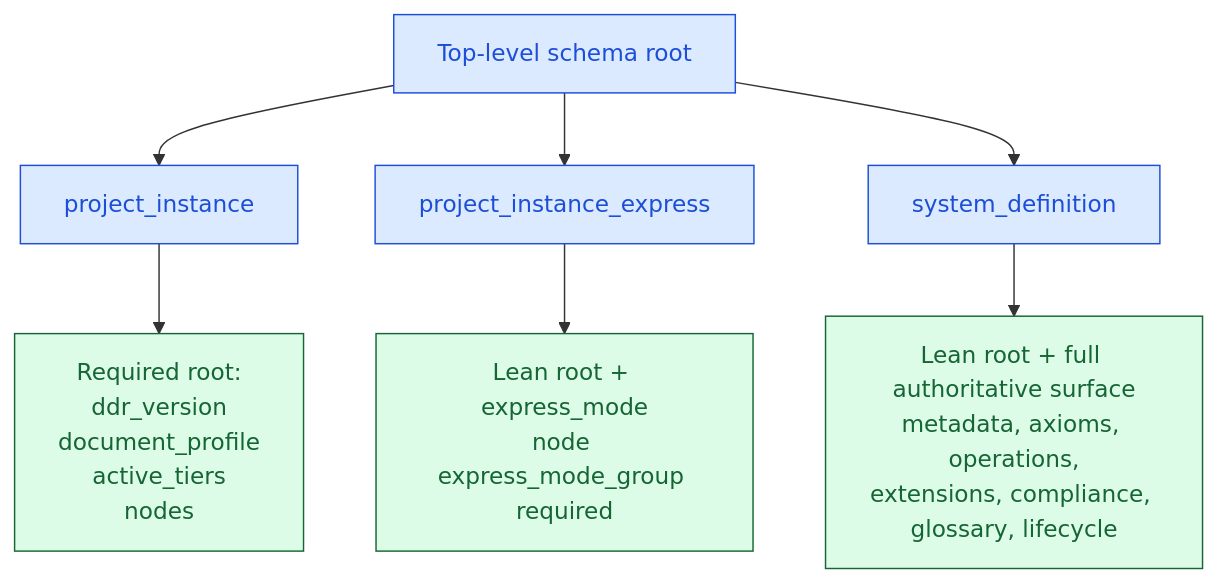
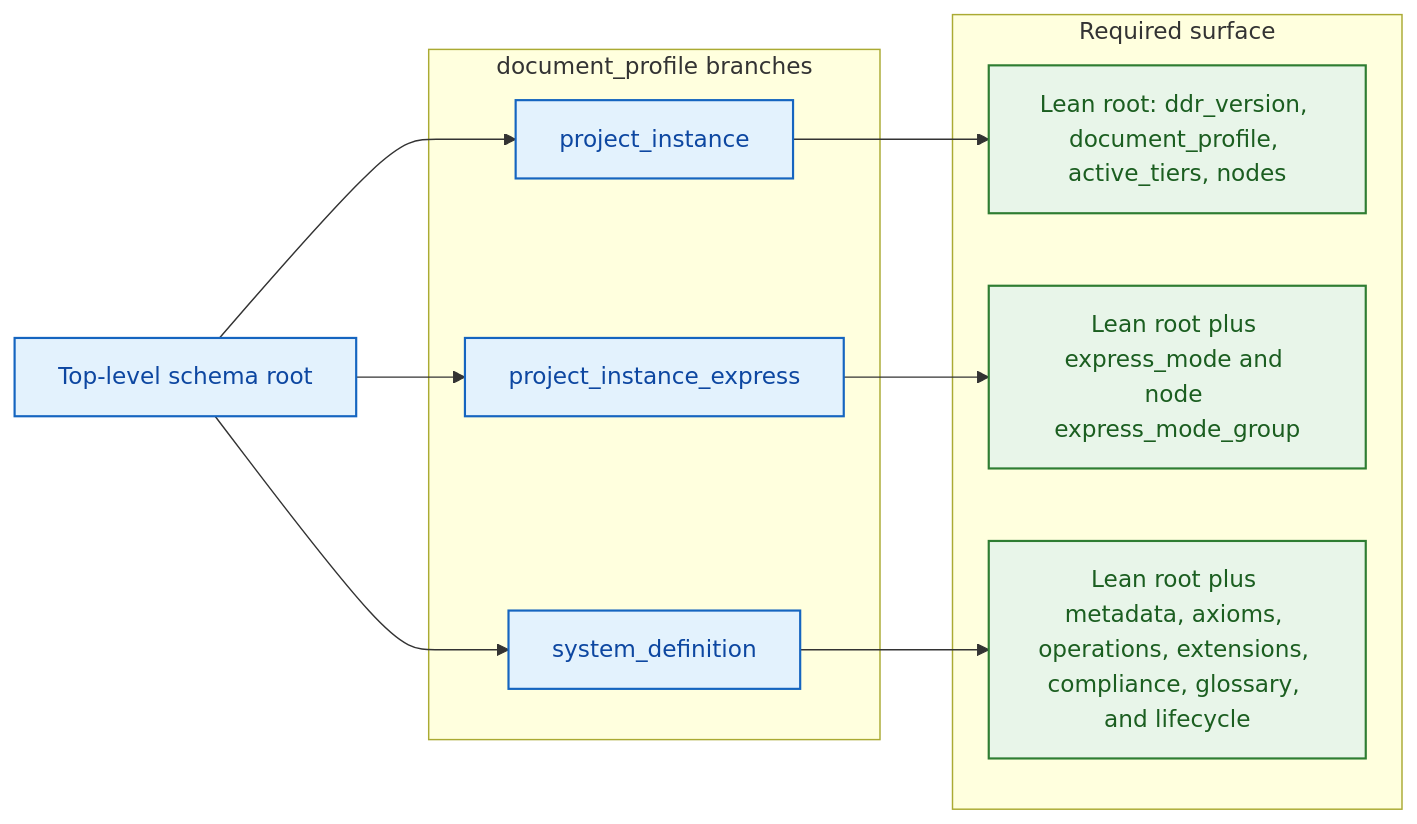
The fourth of 28 diagrams in .agent/assets/proposals/active/v6.3/ddr_ref_manual_v6.3.md (formosa/Antigravity), drawn with Mermaid before and after one commit. The commit also changed other lines of this file and 76 other files, not shown here.

Commit message:
feat: formalize DDR system v6.2 and v6.3 proposals with issue resolution reports and updated schema definitions.

````diff
--- a/.agent/assets/proposals/active/v6.3/ddr_ref_manual_v6.3.md
+++ b/.agent/assets/proposals/active/v6.3/ddr_ref_manual_v6.3.md
@@ -304,19 +349,25 @@
 ```mermaid
-flowchart TD
+flowchart LR
+    accTitle: document_profile branching and required-surface split
+    accDescr: Shows how the top-level schema root branches into three document profiles and which surface each branch must carry.
     ROOT["Top-level schema root"]
-    PI["project_instance"]
-    PIE["project_instance_express"]
-    SD["system_definition"]
-    LEAN["Required root:<br/>ddr_version<br/>document_profile<br/>active_tiers<br/>nodes"]
-    EXPRESS["Lean root + express_mode<br/>node express_mode_group required"]
-    FULL["Lean root + full authoritative surface<br/>metadata, axioms, operations,<br/>extensions, compliance, glossary, lifecycle"]
+    subgraph PROFILES["document_profile branches"]
+        PI["project_instance"]
+        PIE["project_instance_express"]
+        SD["system_definition"]
+    end
+    subgraph SURFACES["Required surface"]
+        LEAN["Lean root: ddr_version, document_profile, active_tiers, nodes"]
+        EXPRESS["Lean root plus express_mode and node express_mode_group"]
+        FULL["Lean root plus metadata, axioms, operations, extensions, compliance, glossary, and lifecycle"]
+    end
 
     ROOT --> PI --> LEAN
     ROOT --> PIE --> EXPRESS
     ROOT --> SD --> FULL
 
-    classDef schema fill:#dbeafe,stroke:#1d4ed8,color:#1d4ed8;
-    classDef normative fill:#dcfce7,stroke:#166534,color:#166534;
+    classDef normative fill:#e8f5e9,stroke:#2e7d32,color:#1b5e20,stroke-width:1.5px;
+    classDef schema fill:#e3f2fd,stroke:#1565c0,color:#0d47a1,stroke-width:1.5px;
     class ROOT,PI,PIE,SD schema;
     class LEAN,EXPRESS,FULL normative;
 ```
````
